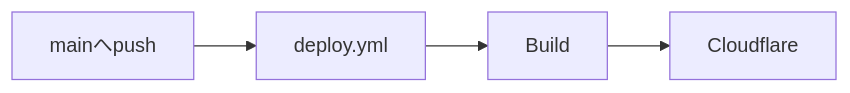
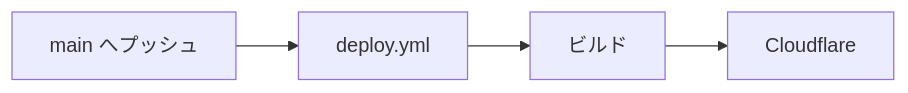
Before and after one commit to Rerurate514/riebeckite: the third of 11 diagrams in docs/docs/guides/deployment/github-actions.ja.md, drawn with Mermaid. The commit also changed other lines of this file and 310 other files, not shown here.

````diff
--- a/docs/docs/guides/deployment/github-actions.ja.md
+++ b/docs/docs/guides/deployment/github-actions.ja.md
@@ -249,11 +237,11 @@
 ```mermaid id="j89zya"
 flowchart LR
-    Push["mainへpush"]
+    Push["main へプッシュ"]
     Workflow["deploy.yml"]
-    Build["Build"]
+    Build["ビルド"]
     Deploy["Cloudflare"]
 
     Push --> Workflow
     Workflow --> Build
     Build --> Deploy
 ```
````
